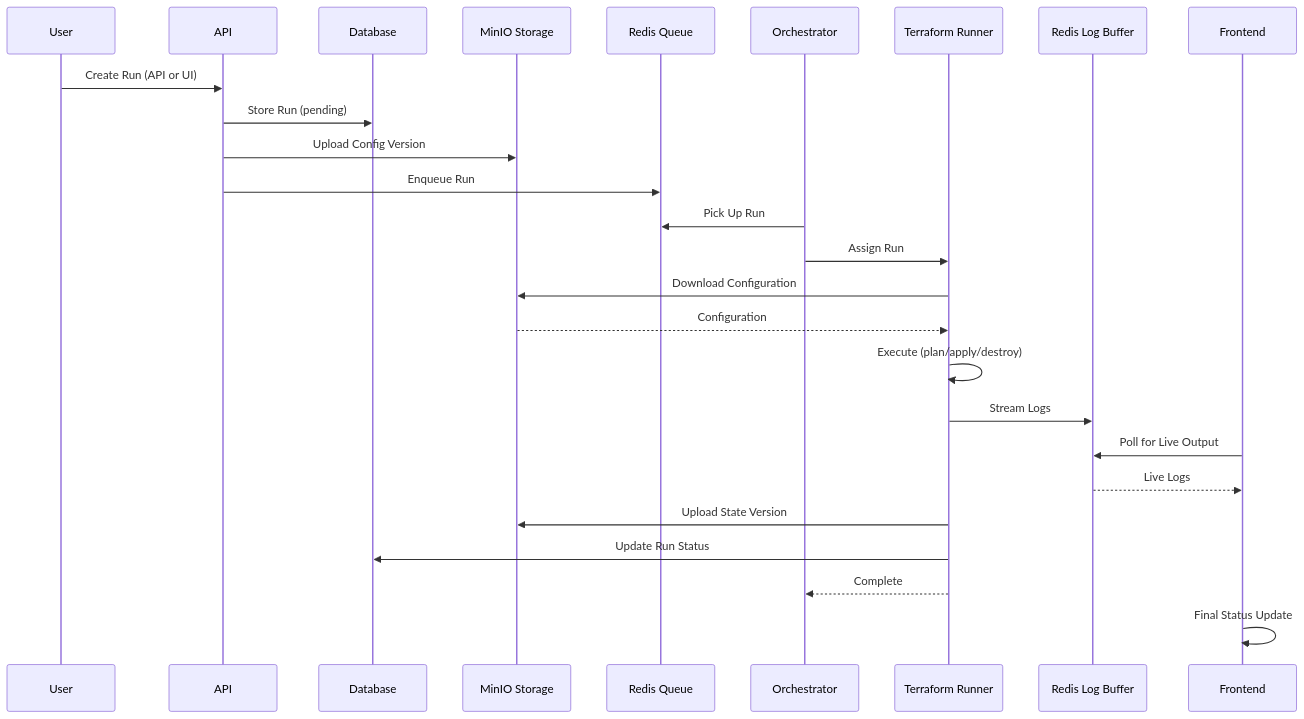
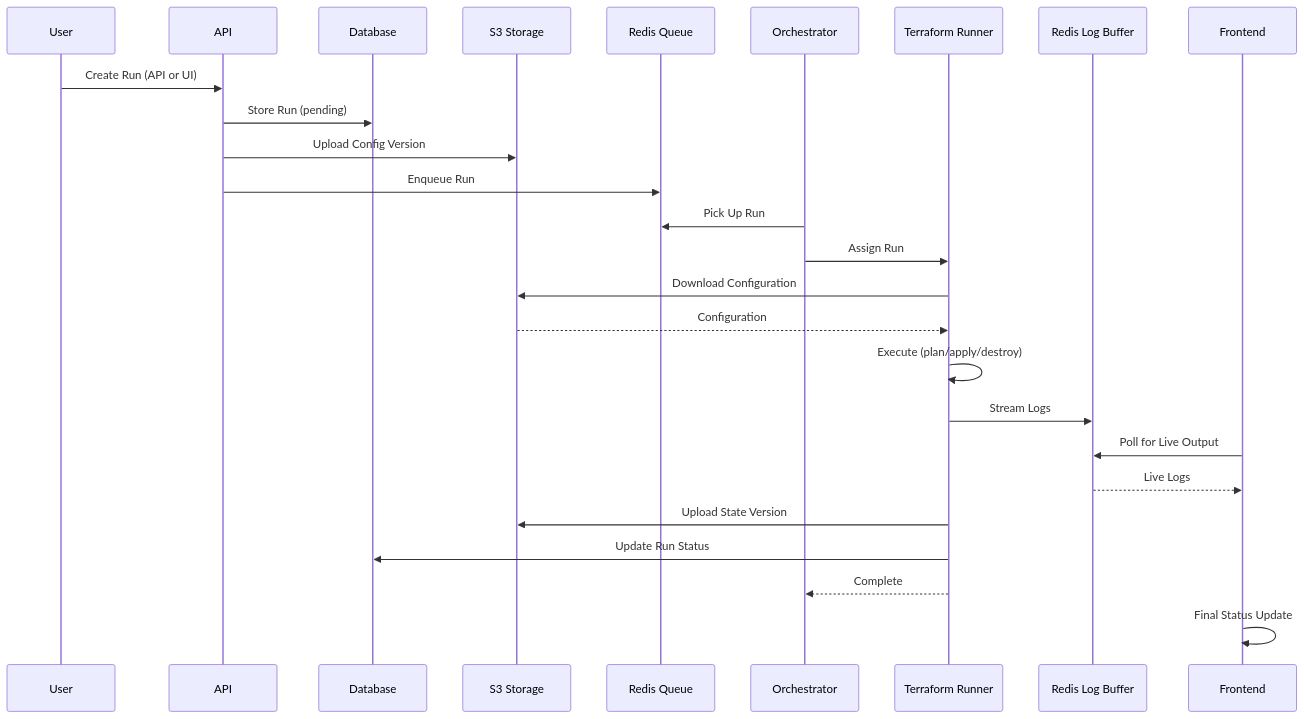
The fourth of 7 diagrams in docs/architecture/README.md (vhco-pro/stackweaver-frontend), drawn with Mermaid before and after one commit. The commit also changed other lines of this file and 23 other files, not shown here.

````diff
--- a/docs/architecture/README.md
+++ b/docs/architecture/README.md
@@ -321,29 +321,29 @@
 ```mermaid
 sequenceDiagram
     participant User
     participant API
     participant Database
-    participant MinIO as MinIO Storage
+    participant Garage as S3 Storage
     participant Redis as Redis Queue
     participant Orchestrator
     participant TFRunner as Terraform Runner
     participant LogBuffer as Redis Log Buffer
     participant Frontend
 
     User->>API: Create Run (API or UI)
     API->>Database: Store Run (pending)
-    API->>MinIO: Upload Config Version
+    API->>Garage: Upload Config Version
     API->>Redis: Enqueue Run
     Orchestrator->>Redis: Pick Up Run
     Orchestrator->>TFRunner: Assign Run
-    TFRunner->>MinIO: Download Configuration
-    MinIO-->>TFRunner: Configuration
+    TFRunner->>Garage: Download Configuration
+    Garage-->>TFRunner: Configuration
     TFRunner->>TFRunner: Execute (plan/apply/destroy)
     TFRunner->>LogBuffer: Stream Logs
     Frontend->>LogBuffer: Poll for Live Output
     LogBuffer-->>Frontend: Live Logs
-    TFRunner->>MinIO: Upload State Version
+    TFRunner->>Garage: Upload State Version
     TFRunner->>Database: Update Run Status
     TFRunner-->>Orchestrator: Complete
     Frontend->>Frontend: Final Status Update
 ```
````
